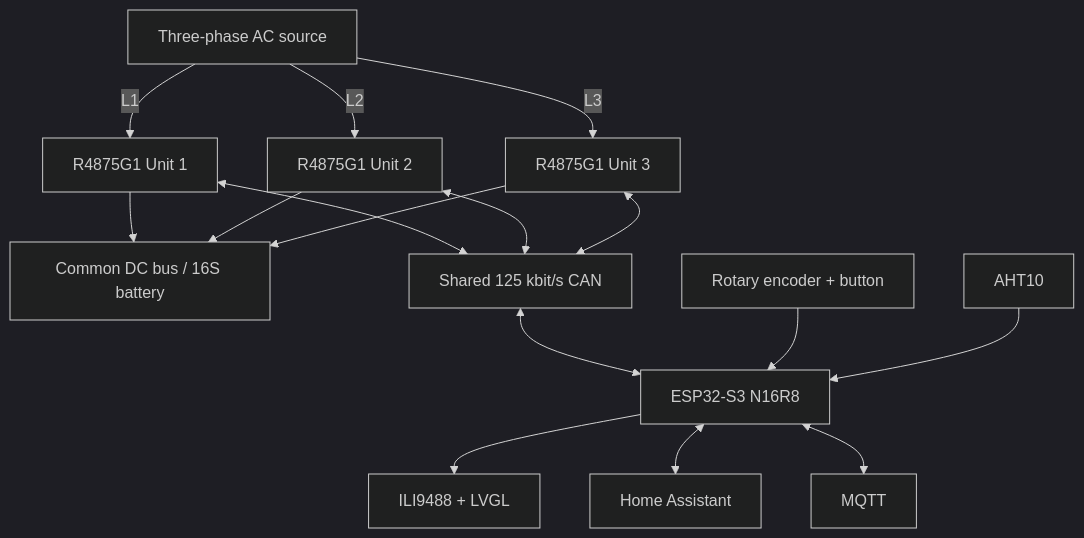
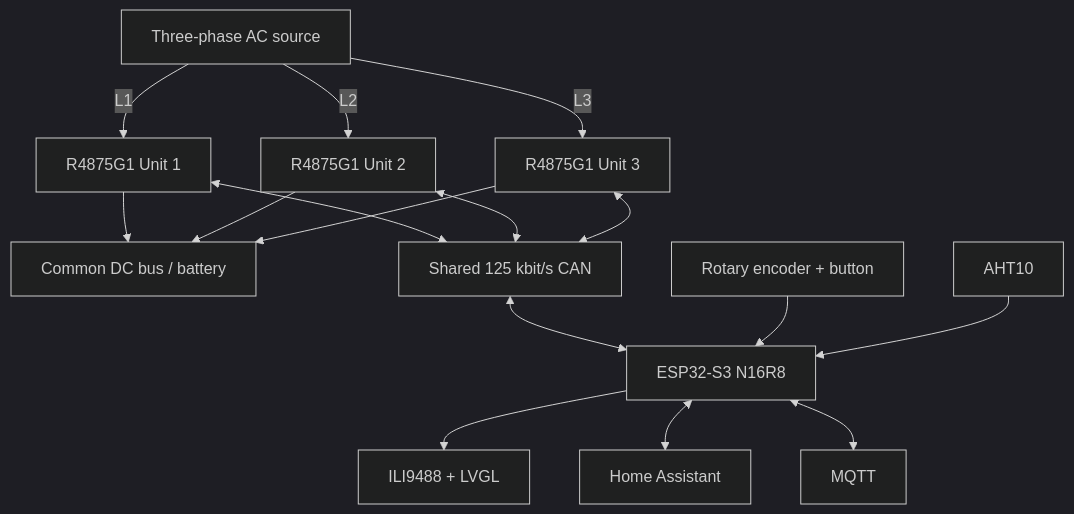
The diagram in README.md (anwa/esphome-r4875g1-3phase-charger), drawn with Mermaid (dark theme) before and after one commit. The commit also changed other lines of this file and 2 other files, not shown here.

````diff
--- a/README.md
+++ b/README.md
@@ -20,18 +20,18 @@
 ```mermaid
 flowchart TD
     AC[Three-phase AC source] -->|L1| U1[R4875G1 Unit 1]
     AC -->|L2| U2[R4875G1 Unit 2]
     AC -->|L3| U3[R4875G1 Unit 3]
-    U1 --> DCBUS[Common DC bus / 16S battery]
+    U1 --> DCBUS[Common DC bus / battery]
     U2 --> DCBUS
     U3 --> DCBUS
     U1 <--> CAN[Shared 125 kbit/s CAN]
     U2 <--> CAN
     U3 <--> CAN
     CAN <--> ESP[ESP32-S3 N16R8]
     ENC[Rotary encoder + button] --> ESP
     AHT[AHT10] --> ESP
     ESP --> TFT[ILI9488 + LVGL]
     ESP <--> HA[Home Assistant]
     ESP <--> MQTT[MQTT]
 ```
````
